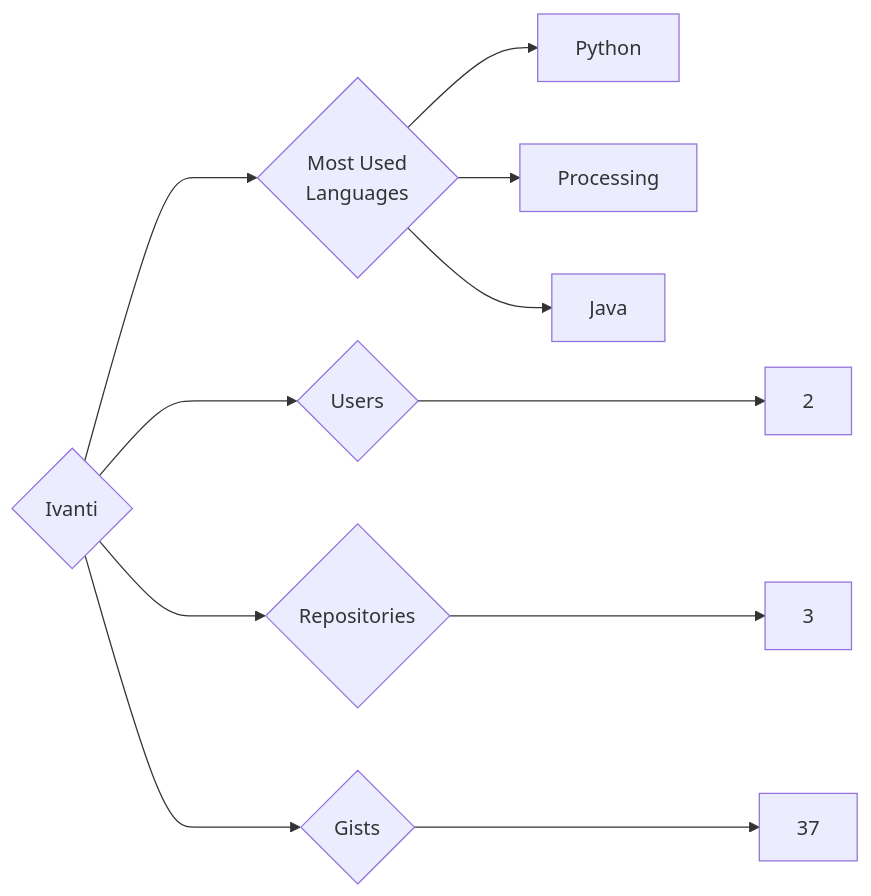
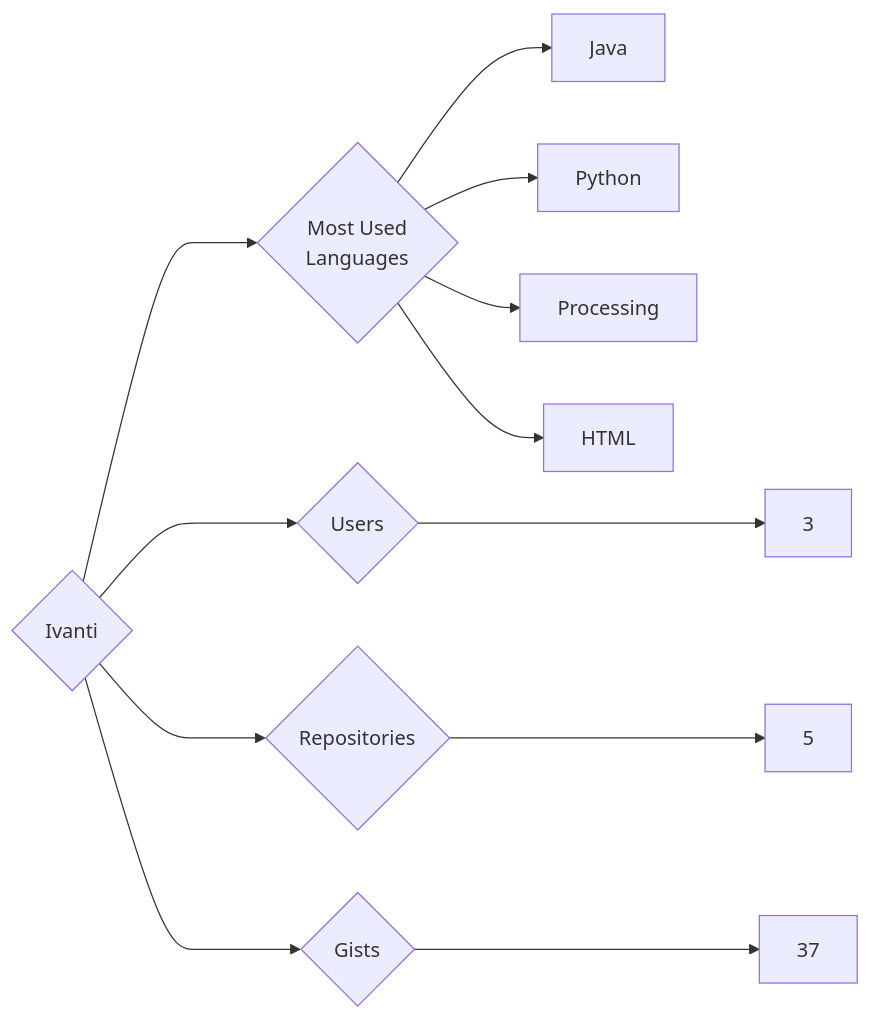
One commit to trickest/insiders changed the diagram in targets/Ivanti/README.md. Above: the diagram before and after it, drawn with Mermaid. The commit also changed 934 other files, not shown here.

````diff
--- a/targets/Ivanti/README.md
+++ b/targets/Ivanti/README.md
@@ -3,11 +3,12 @@
 ```mermaid
 graph LR
 COMPANY_NAME{Ivanti}
-COMPANY_NAME ---> U{Users} ---> UN[2]
-COMPANY_NAME ---> R{Repositories} ---> RN[3]
+COMPANY_NAME ---> U{Users} ---> UN[3]
+COMPANY_NAME ---> R{Repositories} ---> RN[5]
 COMPANY_NAME ---> G{Gists} ---> GN[37]
 COMPANY_NAME ---> ML{Most Used<br>Languages}
+ML --> Java[Java]
 ML --> Python[Python]
 ML --> Processing[Processing]
-ML --> Java[Java]
+ML --> HTML[HTML]
 ```
````
